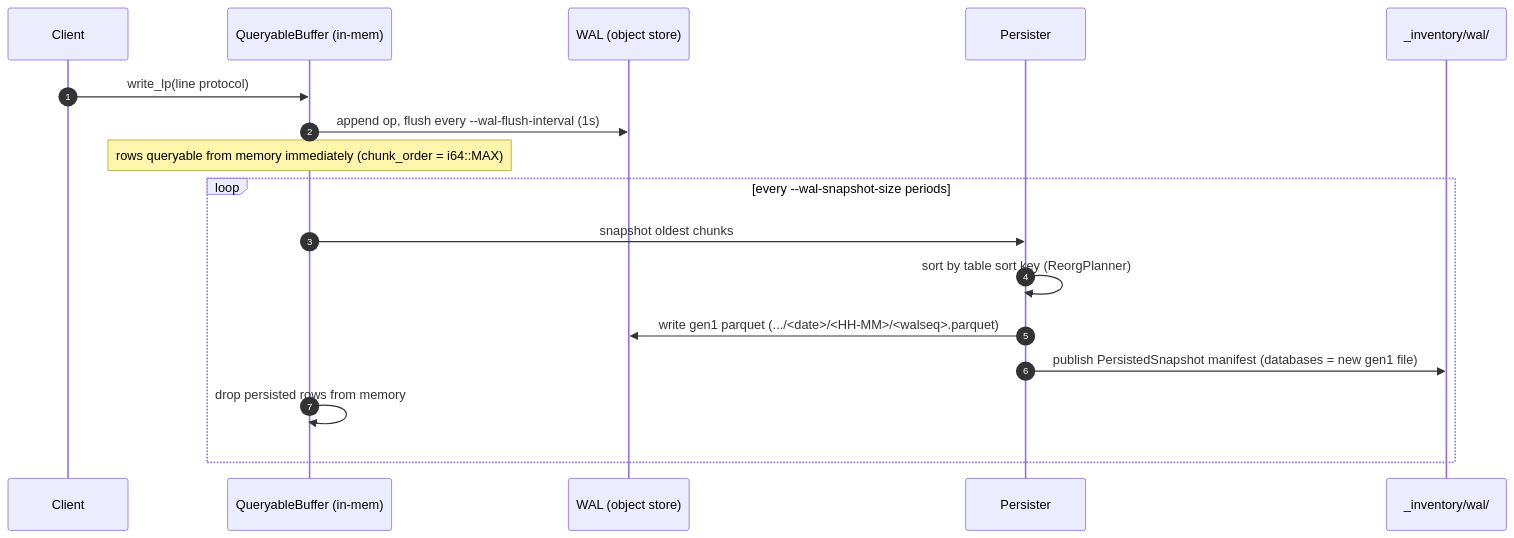
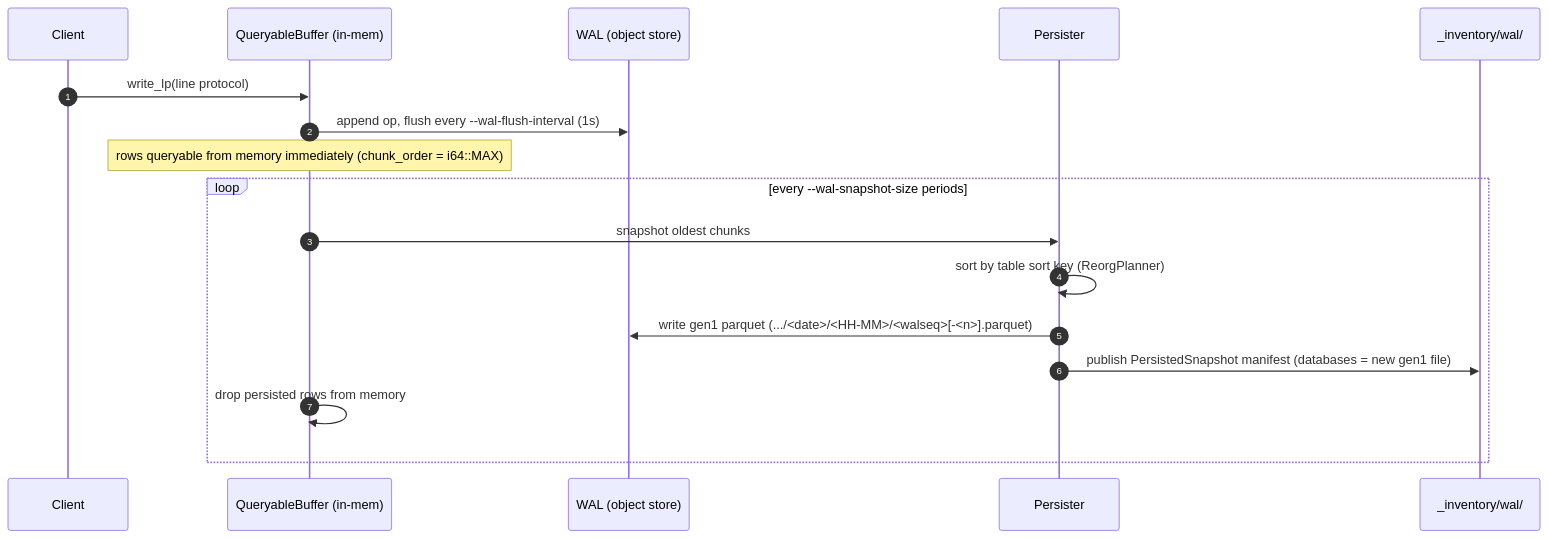
One commit to jochen42/refluxdbextended changed the second of 6 diagrams in REFLUXEXTENDED.md. Above: the diagram before and after it, drawn with Mermaid. The commit also changed other lines of this file, not shown here.

First line of the commit message:
docs: gen1 split-chunk suffix, always-published manifests, adaptive I/O

````diff
--- a/REFLUXEXTENDED.md
+++ b/REFLUXEXTENDED.md
@@ -203,20 +210,20 @@
 ```mermaid
 sequenceDiagram
     autonumber
     participant C as Client
     participant WB as QueryableBuffer (in-mem)
     participant WAL as WAL (object store)
     participant P as Persister
     participant INV as _inventory/wal/
 
     C->>WB: write_lp(line protocol)
     WB->>WAL: append op, flush every --wal-flush-interval (1s)
     Note over WB: rows queryable from memory immediately (chunk_order = i64::MAX)
     loop every --wal-snapshot-size periods
         WB->>P: snapshot oldest chunks
         P->>P: sort by table sort key (ReorgPlanner)
-        P->>WAL: write gen1 parquet (.../<date>/<HH-MM>/<walseq>.parquet)
+        P->>WAL: write gen1 parquet (.../<date>/<HH-MM>/<walseq>[-<n>].parquet)
         P->>INV: publish PersistedSnapshot manifest (databases = new gen1 file)
         WB->>WB: drop persisted rows from memory
     end
 ```
````
